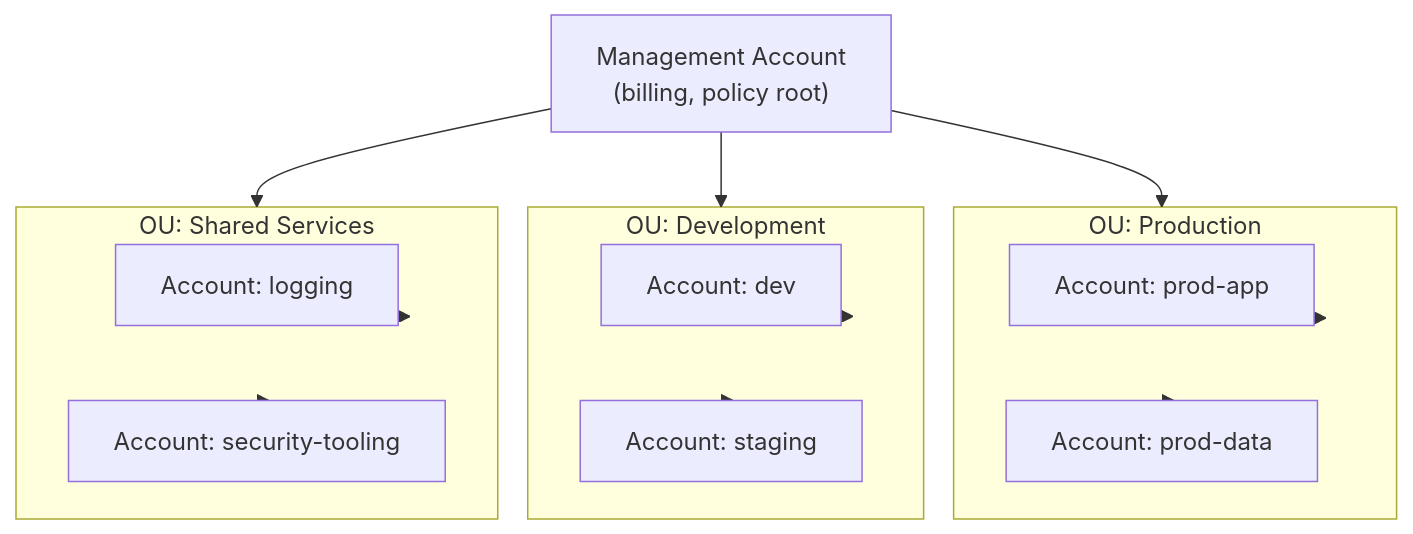
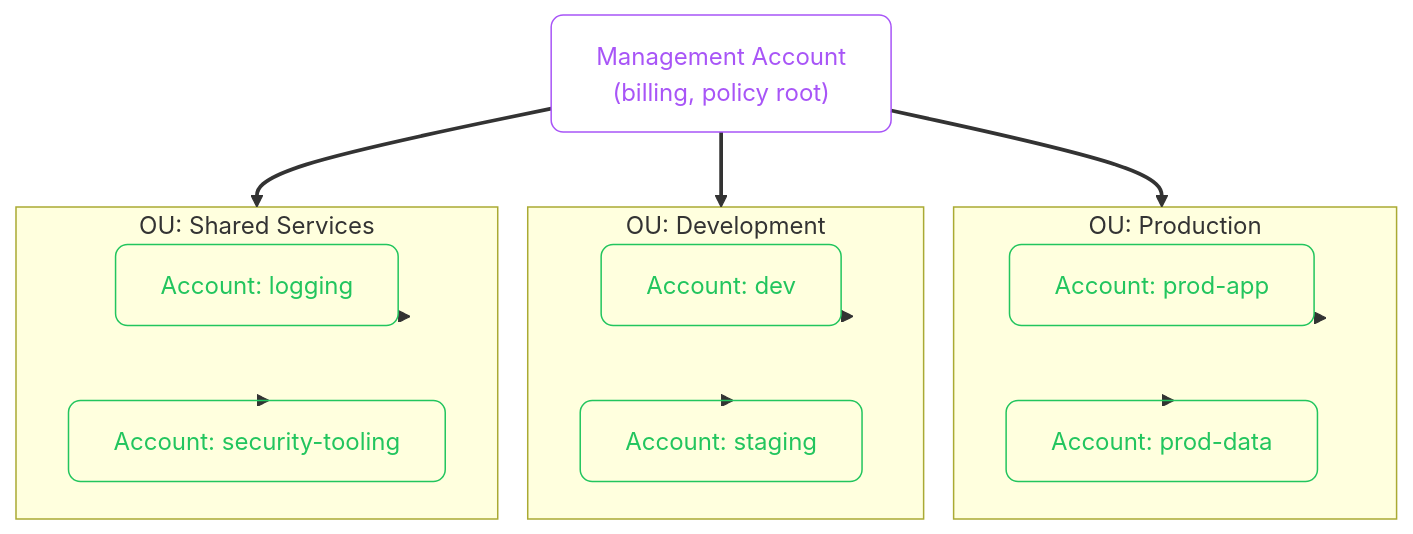
One commit to zafarale/cloudification changed the third of 5 diagrams in src/content/cloud/aws/01-intro.mdx. Above: the diagram before and after it, drawn with Mermaid. The commit also changed other lines of this file and 84 other files, not shown here.

````diff
--- a/src/content/cloud/aws/01-intro.mdx
+++ b/src/content/cloud/aws/01-intro.mdx
@@ -96,24 +110,30 @@
 ```mermaid
 flowchart TD
-    ROOT["Management Account\n(billing, policy root)"]
+    accTitle: The AWS Account and Organisation Model
+    accDescr: Flowchart (td) showing billing, policy root, OU: Production, Account: prod-app
+    classDef step fill:none,stroke:#a855f7,color:#a855f7,rx:8,ry:8
+    classDef ok   fill:none,stroke:#22c55e,color:#22c55e,rx:8,ry:8
+    linkStyle default stroke-width:2.5px
+
+    ROOT["Management Account<br/>(billing, policy root)"]:::step
 
     subgraph OU_PROD["OU: Production"]
-        ACC_PROD_APP["Account: prod-app"]
-        ACC_PROD_DATA["Account: prod-data"]
+        ACC_PROD_APP["Account: prod-app"]:::ok
+        ACC_PROD_DATA["Account: prod-data"]:::ok
     end
 
     subgraph OU_DEV["OU: Development"]
-        ACC_DEV["Account: dev"]
-        ACC_STAGING["Account: staging"]
+        ACC_DEV["Account: dev"]:::ok
+        ACC_STAGING["Account: staging"]:::ok
     end
 
     subgraph OU_SHARED["OU: Shared Services"]
-        ACC_LOGGING["Account: logging"]
-        ACC_SECURITY["Account: security-tooling"]
+        ACC_LOGGING["Account: logging"]:::ok
+        ACC_SECURITY["Account: security-tooling"]:::ok
     end
 
     ROOT --> OU_PROD & OU_DEV & OU_SHARED
     OU_PROD --> ACC_PROD_APP & ACC_PROD_DATA
     OU_DEV --> ACC_DEV & ACC_STAGING
     OU_SHARED --> ACC_LOGGING & ACC_SECURITY
 ```
````
